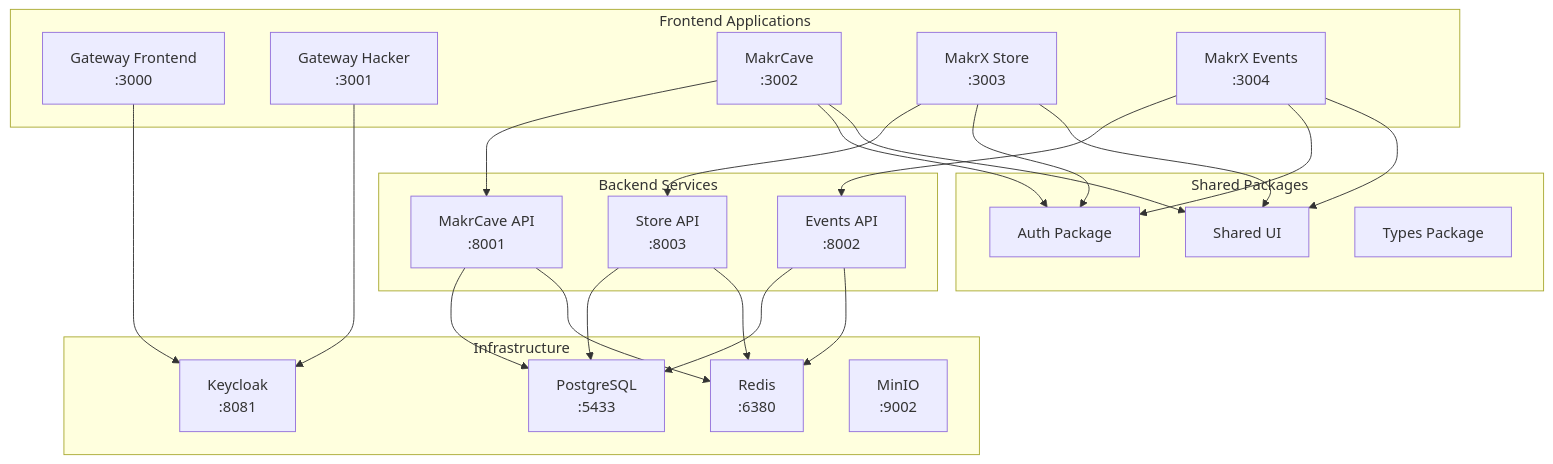
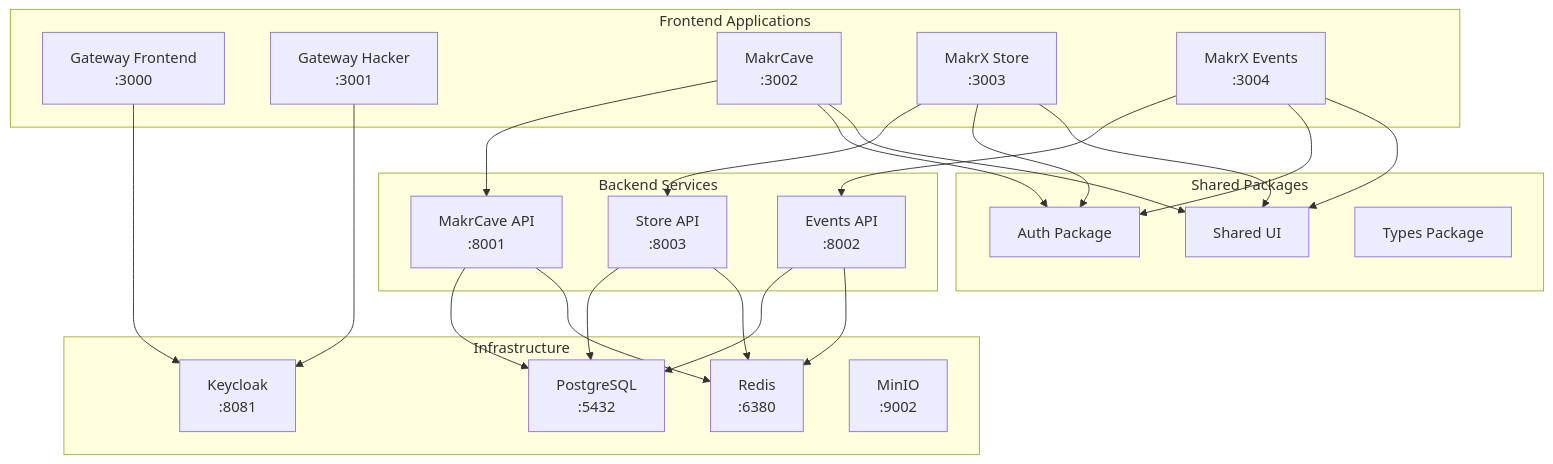
One commit to AditLuthra/makrx-ecosystem-unified changed the diagram in README.md. Above: the diagram before and after it, drawn with Mermaid. The commit also changed other lines of this file and 130 other files, not shown here.

````diff
--- a/README.md
+++ b/README.md
@@ -14,51 +40,51 @@
 ```mermaid
 graph TB
     subgraph "Frontend Applications"
         GF[Gateway Frontend<br/>:3000]
         GH[Gateway Hacker<br/>:3001]
         MC[MakrCave<br/>:3002]
         MS[MakrX Store<br/>:3003]
         ME[MakrX Events<br/>:3004]
     end
 
     subgraph "Backend Services"
         MCB[MakrCave API<br/>:8001]
         MEB[Events API<br/>:8002]
         MSB[Store API<br/>:8003]
     end
 
     subgraph "Infrastructure"
         KC[Keycloak<br/>:8081]
-        PG[PostgreSQL<br/>:5433]
+    PG[PostgreSQL<br/>:5432]
         RD[Redis<br/>:6380]
         MN[MinIO<br/>:9002]
     end
 
     subgraph "Shared Packages"
         AU[Auth Package]
         UI[Shared UI]
         TY[Types Package]
     end
 
     GF --> KC
     GH --> KC
     MC --> MCB
     MS --> MSB
     ME --> MEB
 
     MCB --> PG
     MEB --> PG
     MSB --> PG
 
     MCB --> RD
     MEB --> RD
     MSB --> RD
 
     MC --> AU
     MS --> AU
     ME --> AU
 
     MC --> UI
     MS --> UI
     ME --> UI
 ```
````
